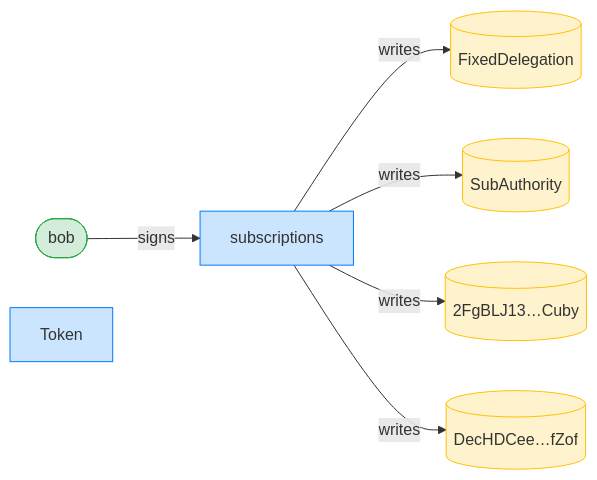
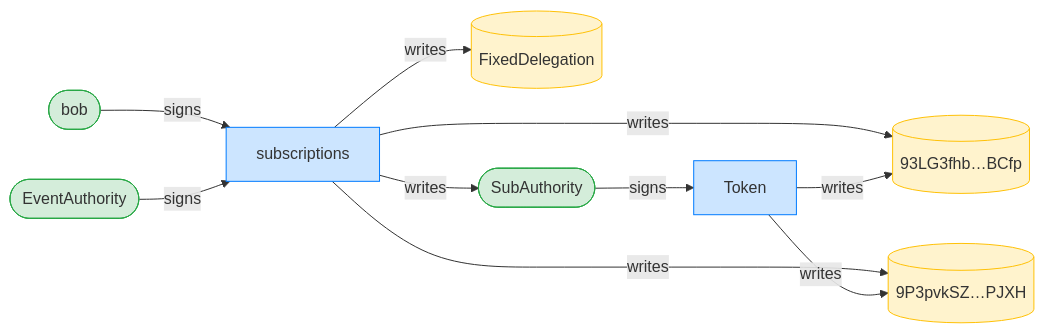
Diagram 11 of 12 in dsl_tests/fixed-transfer-cannot-exceed-the-allowance-across-pulls.md (cds-rs/subscriptions), drawn with Mermaid before and after one commit. The commit also changed other lines of this file and 224 other files, not shown here.

````diff
--- a/dsl_tests/fixed-transfer-cannot-exceed-the-allowance-across-pulls.md
+++ b/dsl_tests/fixed-transfer-cannot-exceed-the-allowance-across-pulls.md
@@ -211,18 +220,23 @@
 ```mermaid
 flowchart LR
     classDef signer fill:#d4edda,stroke:#28a745;
     classDef program fill:#cce5ff,stroke:#007bff;
     classDef writable fill:#fff3cd,stroke:#ffc107;
     subscriptions[subscriptions]:::program
     FixedDelegation[(FixedDelegation)]:::writable
-    SubAuthority[(SubAuthority)]:::writable
-    2FgBLJ13_Cuby[("2FgBLJ13…Cuby")]:::writable
-    DecHDCee_fZof[("DecHDCee…fZof")]:::writable
+    SubAuthority([SubAuthority]):::signer
+    93LG3fhb_BCfp[("93LG3fhb…BCfp")]:::writable
+    9P3pvkSZ_PJXH[("9P3pvkSZ…PJXH")]:::writable
     bob([bob]):::signer
     Token[Token]:::program
+    EventAuthority([EventAuthority]):::signer
     bob -->|signs| subscriptions
+    SubAuthority -->|signs| Token
+    EventAuthority -->|signs| subscriptions
     subscriptions -->|writes| FixedDelegation
     subscriptions -->|writes| SubAuthority
-    subscriptions -->|writes| 2FgBLJ13_Cuby
-    subscriptions -->|writes| DecHDCee_fZof
+    subscriptions -->|writes| 93LG3fhb_BCfp
+    subscriptions -->|writes| 9P3pvkSZ_PJXH
+    Token -->|writes| 93LG3fhb_BCfp
+    Token -->|writes| 9P3pvkSZ_PJXH
 ```
````
